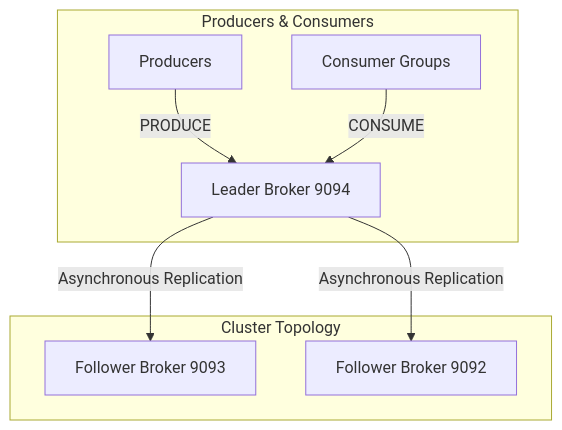
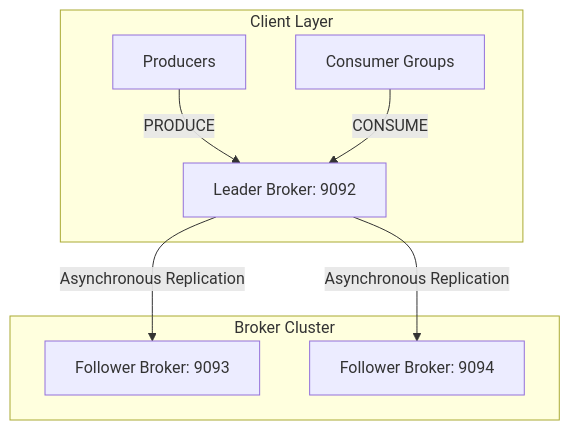
Before and after one commit to aryanp160/cowpybaraMQ: the first of 5 diagrams in README.md, drawn with Mermaid. The commit also changed other lines of this file and 4 other files, not shown here.

````diff
--- a/README.md
+++ b/README.md
@@ -80,12 +68,12 @@
 ```mermaid
 graph TD
-    subgraph Producers & Consumers
-        Producer[Producers] -->|PRODUCE| Leader[Leader Broker 9094]
+    subgraph Client Layer
+        Producer[Producers] -->|PRODUCE| Leader[Leader Broker: 9092]
         Consumer[Consumer Groups] -->|CONSUME| Leader
     end
     
-    subgraph Cluster Topology
-        Leader -->|Asynchronous Replication| FollowerA[Follower Broker 9093]
-        Leader -->|Asynchronous Replication| FollowerB[Follower Broker 9092]
+    subgraph Broker Cluster
+        Leader -->|Asynchronous Replication| FollowerA[Follower Broker: 9093]
+        Leader -->|Asynchronous Replication| FollowerB[Follower Broker: 9094]
     end
 ```
````
